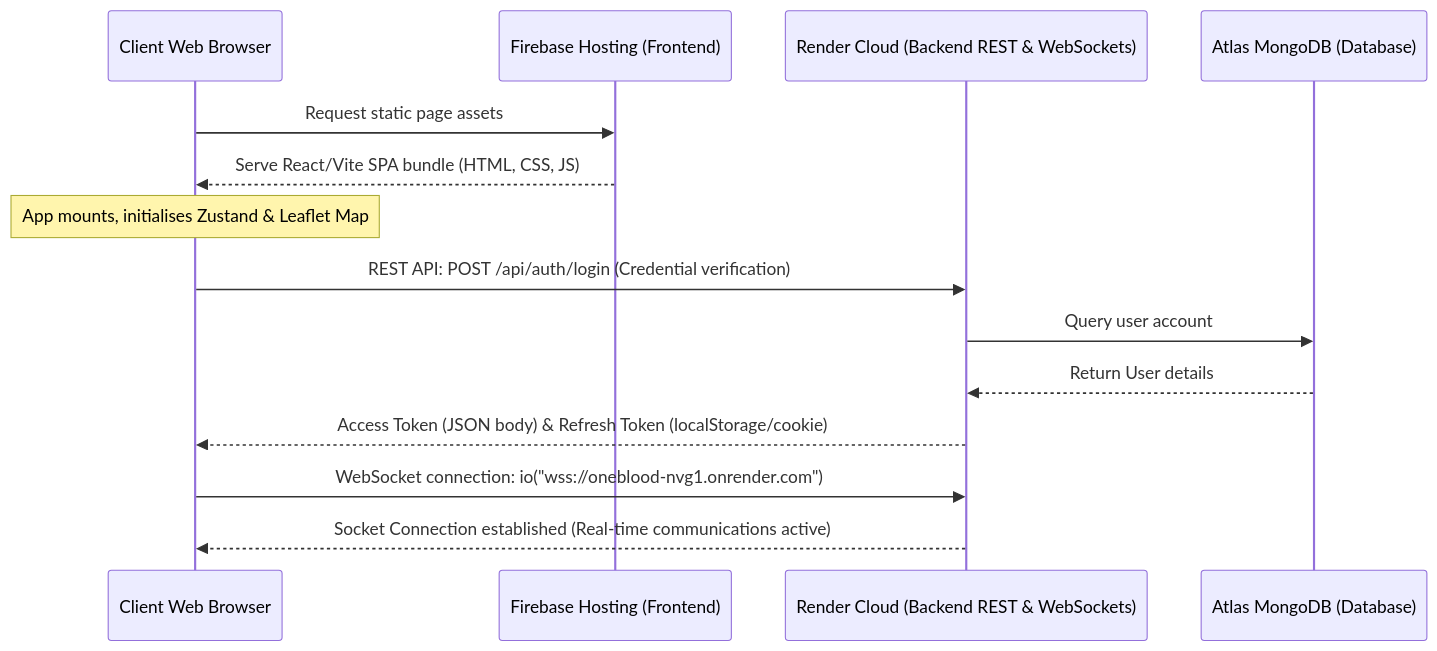
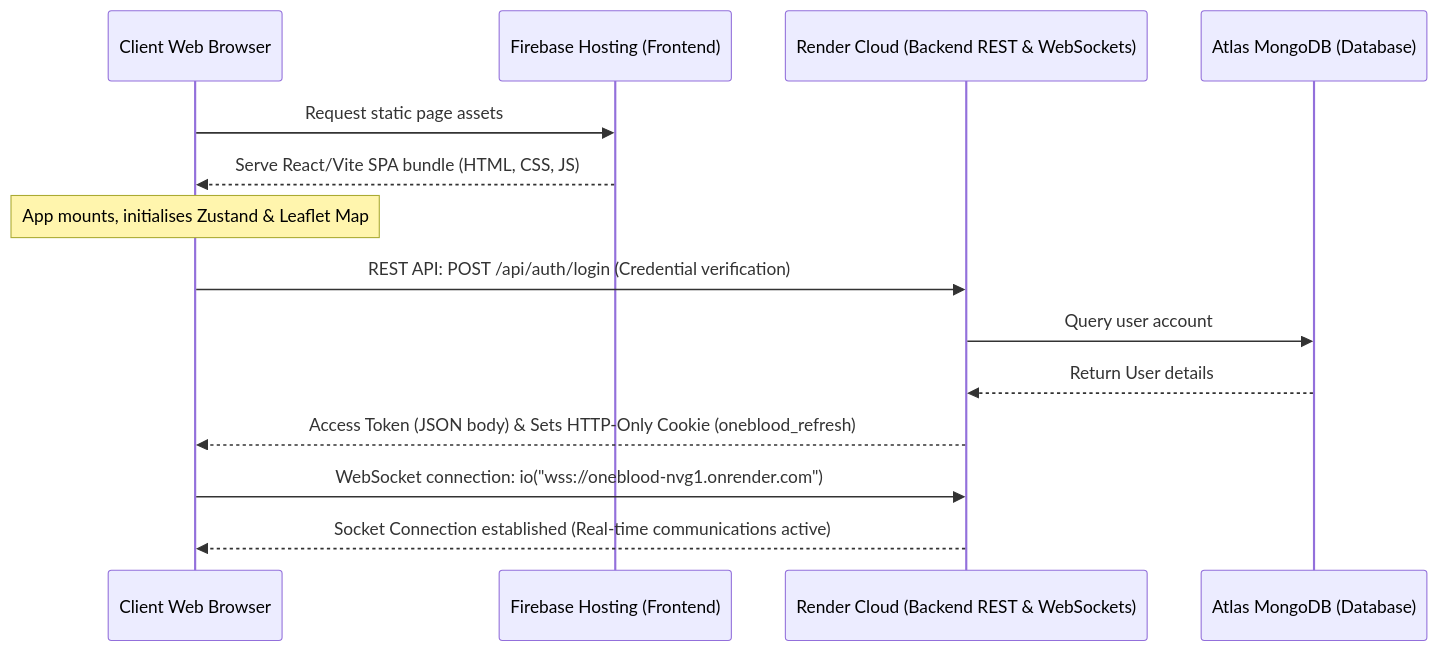
Before and after one commit to JoelBiju2005/OneBlood: the first of 2 diagrams in project_summary.md, drawn with Mermaid. The commit also changed other lines of this file, not shown here.

````diff
--- a/project_summary.md
+++ b/project_summary.md
@@ -11,19 +11,19 @@
 ```mermaid
 sequenceDiagram
     participant User as Client Web Browser
     participant FB as Firebase Hosting (Frontend)
     participant Render as Render Cloud (Backend REST & WebSockets)
     participant Mongo as Atlas MongoDB (Database)
     
     User->>FB: Request static page assets
     FB-->>User: Serve React/Vite SPA bundle (HTML, CSS, JS)
     Note over User: App mounts, initialises Zustand & Leaflet Map
     
     User->>Render: REST API: POST /api/auth/login (Credential verification)
     Render->>Mongo: Query user account
     Mongo-->>Render: Return User details
-    Render-->>User: Access Token (JSON body) & Refresh Token (localStorage/cookie)
+    Render-->>User: Access Token (JSON body) & Sets HTTP-Only Cookie (oneblood_refresh)
     
     User->>Render: WebSocket connection: io("wss://oneblood-nvg1.onrender.com")
     Render-->>User: Socket Connection established (Real-time communications active)
 ```
````
